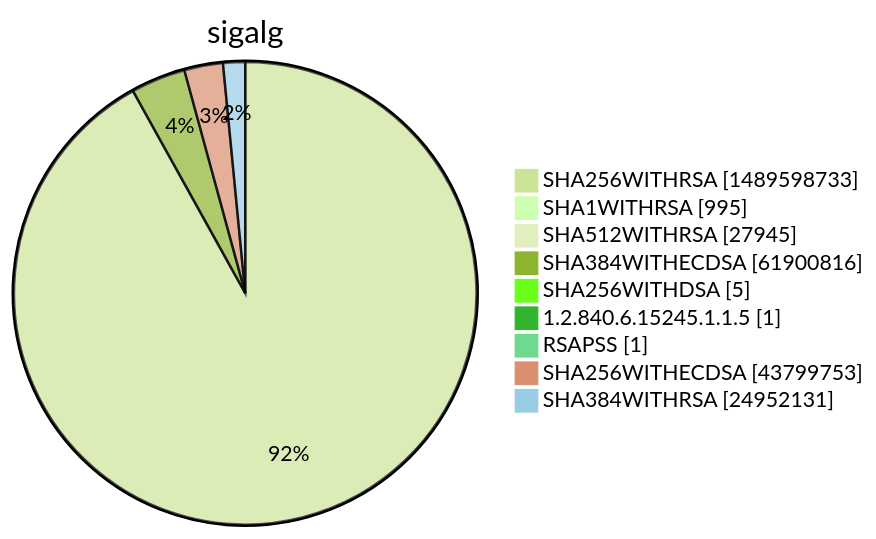
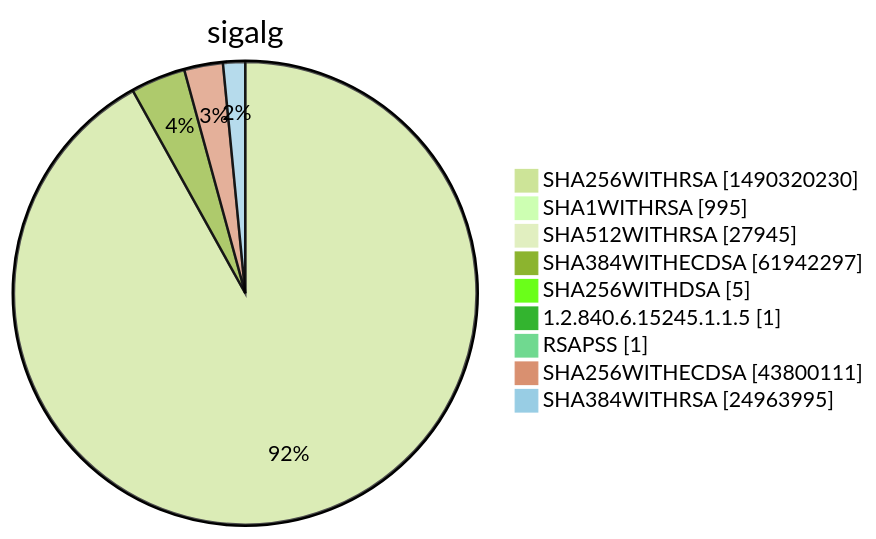
Diagram 15 of 15 in xenon2022/README.md (christiankrug/ctmonitor_visualization), drawn with Mermaid (forest theme) before and after one commit. The commit also changed other lines of this file, not shown here.

````diff
--- a/xenon2022/README.md
+++ b/xenon2022/README.md
@@ -5864,13 +5864,13 @@
 ```mermaid
 pie showData
 title sigalg
-"SHA256WITHRSA" :1489598733
+"SHA256WITHRSA" :1490320230
 "SHA1WITHRSA" :995
 "SHA512WITHRSA" :27945
-"SHA384WITHECDSA" :61900816
+"SHA384WITHECDSA" :61942297
 "SHA256WITHDSA" :5
 "1.2.840.6.15245.1.1.5" :1
 "RSAPSS" :1
-"SHA256WITHECDSA" :43799753
-"SHA384WITHRSA" :24952131
+"SHA256WITHECDSA" :43800111
+"SHA384WITHRSA" :24963995
 ```
````
